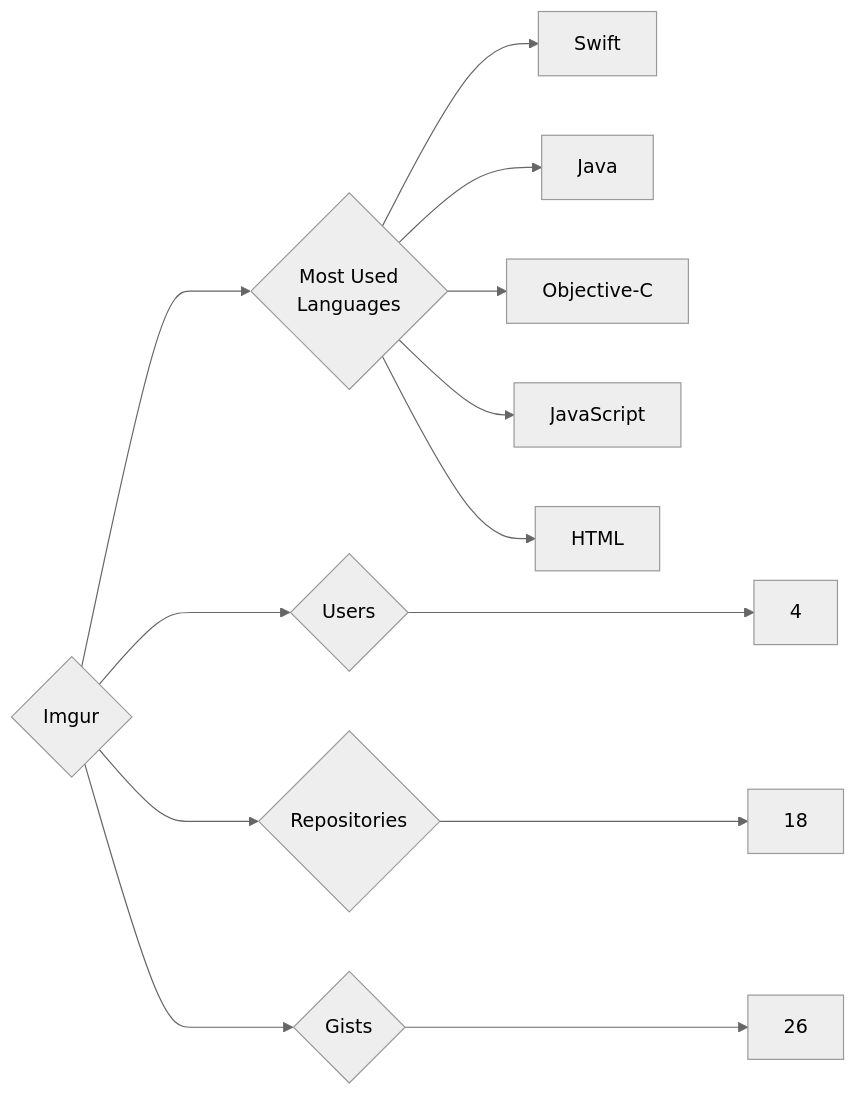
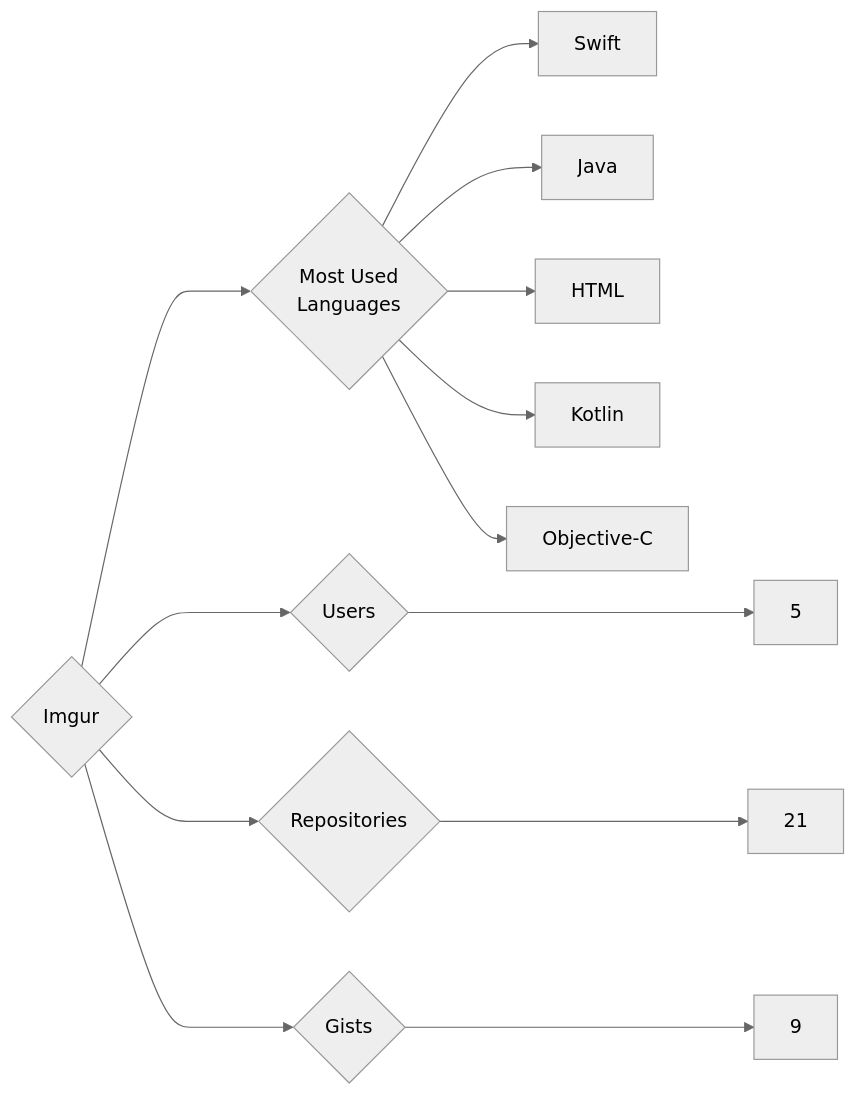
The diagram in targets/Imgur/README.md (trickest/insiders), drawn with Mermaid (neutral theme) before and after one commit. The commit also changed 935 other files, not shown here.

````diff
--- a/targets/Imgur/README.md
+++ b/targets/Imgur/README.md
@@ -3,13 +3,13 @@
 ```mermaid
 graph LR
 COMPANY_NAME{Imgur}
-COMPANY_NAME ---> U{Users} ---> UN[4]
-COMPANY_NAME ---> R{Repositories} ---> RN[18]
-COMPANY_NAME ---> G{Gists} ---> GN[26]
+COMPANY_NAME ---> U{Users} ---> UN[5]
+COMPANY_NAME ---> R{Repositories} ---> RN[21]
+COMPANY_NAME ---> G{Gists} ---> GN[9]
 COMPANY_NAME ---> ML{Most Used<br>Languages}
 ML --> Swift[Swift]
 ML --> Java[Java]
+ML --> HTML[HTML]
+ML --> Kotlin[Kotlin]
 ML --> Objective-C[Objective-C]
-ML --> JavaScript[JavaScript]
-ML --> HTML[HTML]
 ```
````
